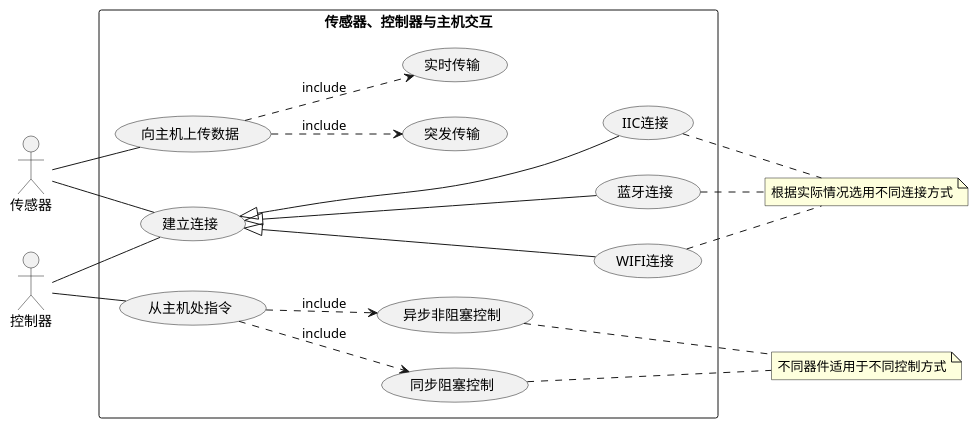
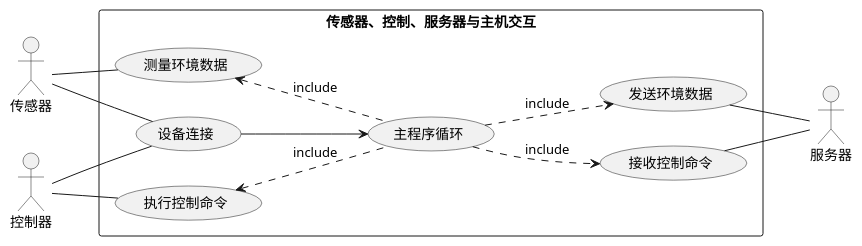
Before and after one commit to wzyskylake/Star-Fire: the diagram in Design/RequirementAnalysis/UsecaseDiagram_2.wsd, drawn with PlantUML. The commit also changed 45 other files, not shown here.

```diff
--- a/Design/RequirementAnalysis/UsecaseDiagram_2.wsd
+++ b/Design/RequirementAnalysis/UsecaseDiagram_2.wsd
@@ -1,27 +1,21 @@
 @startuml 传感器与主机交互
 left to right direction
 skinparam packageStyle rectangle
 actor 传感器 as sensor
 actor 控制器 as controller
-rectangle 传感器、控制器与主机交互{
-    sensor -- (建立连接)
-    sensor -- (向主机上传数据)
-    (向主机上传数据) .-> (实时传输):include
-    (向主机上传数据) .-> (突发传输):include
-    controller -- (建立连接)
-    controller -- (从主机处指令)
-    (从主机处指令) .-> (同步阻塞控制):include
-    (从主机处指令) .-> (异步非阻塞控制):include
-    (建立连接) <|--- (IIC连接)
-    (建立连接) <|--- (蓝牙连接)
-    (建立连接) <|--- (WIFI连接)
-    
+actor 服务器 as server
+rectangle 传感器、控制、服务器与主机交互{
+    sensor - (设备连接)
+    controller - (设备连接)
+    sensor -down- (测量环境数据)
+    controller -down- (执行控制命令)
+    (设备连接) --> (主程序循环)
+    (主程序循环) .up.> (测量环境数据):include
+    (主程序循环) ..> (发送环境数据):include
+    (主程序循环) ..> (接收控制命令):include
+    (主程序循环) .up.> (执行控制命令):include
+    (发送环境数据) -- server
+    (接收控制命令) -- server
 }
-note "根据实际情况选用不同连接方式" as N1
-(IIC连接) .. N1
-(蓝牙连接) .. N1
-(WIFI连接) .. N1
-note "不同器件适用于不同控制方式" as N2
-(同步阻塞控制) ... N2
-(异步非阻塞控制) .. N2
+
 @enduml
```
